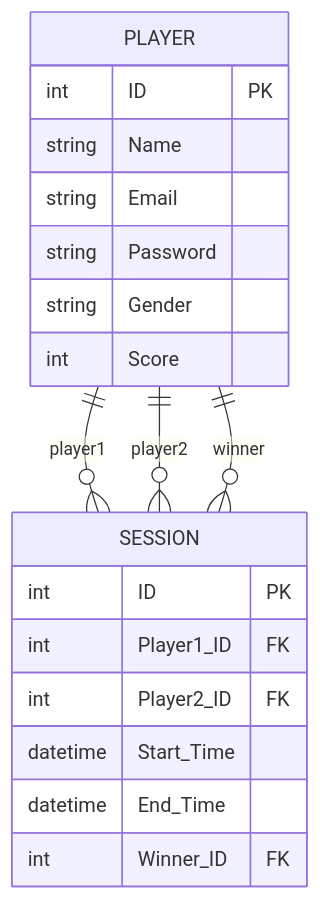
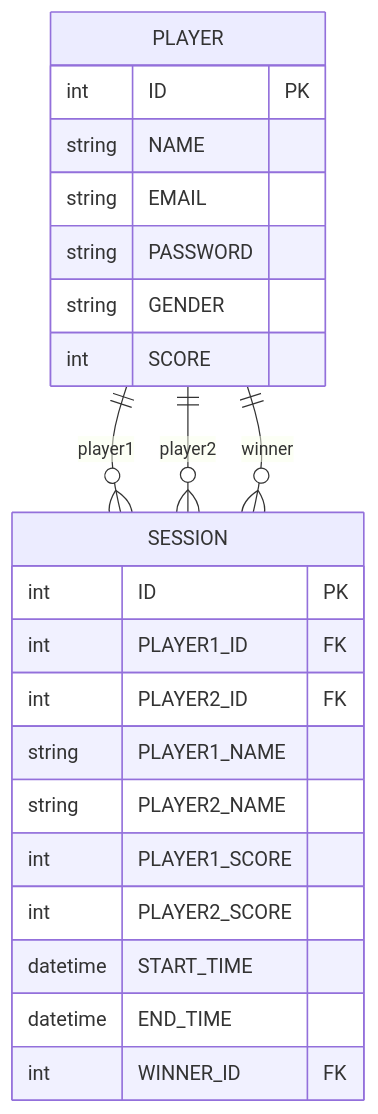
Before and after one commit to ITI-Java-Project/.github: the second of 4 diagrams in profile/README.md, drawn with Mermaid. The commit also changed other lines of this file, not shown here.

Commit message:
Refactor README.md to update component diagrams

````diff
--- a/profile/README.md
+++ b/profile/README.md
@@ -54,24 +102,28 @@
 ```mermaid
 erDiagram
     PLAYER {
         int ID PK
-        string Name
-        string Email
-        string Password
-        string Gender
-        int Score
+        string NAME
+        string EMAIL
+        string PASSWORD
+        string GENDER
+        int SCORE
     }
-    
+
     SESSION {
         int ID PK
-        int Player1_ID FK
-        int Player2_ID FK
-        datetime Start_Time
-        datetime End_Time
-        int Winner_ID FK
+        int PLAYER1_ID FK
+        int PLAYER2_ID FK
+        string PLAYER1_NAME
+        string PLAYER2_NAME
+        int PLAYER1_SCORE
+        int PLAYER2_SCORE
+        datetime START_TIME
+        datetime END_TIME
+        int WINNER_ID FK
     }
-    
+
     PLAYER ||--o{ SESSION : "player1"
     PLAYER ||--o{ SESSION : "player2"
     PLAYER ||--o{ SESSION : "winner"
 ```
````
